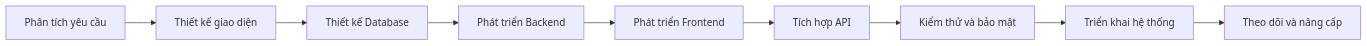
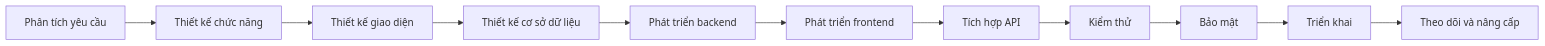
The first of 3 diagrams in README.md (minhquan247/minhquan247), drawn with Mermaid before and after one commit. The commit also changed other lines of this file, not shown here.

````diff
--- a/README.md
+++ b/README.md
@@ -866,11 +919,13 @@
 ```mermaid
 flowchart LR
-    A[Phân tích yêu cầu] --> B[Thiết kế giao diện]
-    B --> C[Thiết kế Database]
-    C --> D[Phát triển Backend]
-    D --> E[Phát triển Frontend]
-    E --> F[Tích hợp API]
-    F --> G[Kiểm thử và bảo mật]
-    G --> H[Triển khai hệ thống]
-    H --> I[Theo dõi và nâng cấp]
+    A[Phân tích yêu cầu] --> B[Thiết kế chức năng]
+    B --> C[Thiết kế giao diện]
+    C --> D[Thiết kế cơ sở dữ liệu]
+    D --> E[Phát triển backend]
+    E --> F[Phát triển frontend]
+    F --> G[Tích hợp API]
+    G --> H[Kiểm thử]
+    H --> I[Bảo mật]
+    I --> J[Triển khai]
+    J --> K[Theo dõi và nâng cấp]
 ```
````
